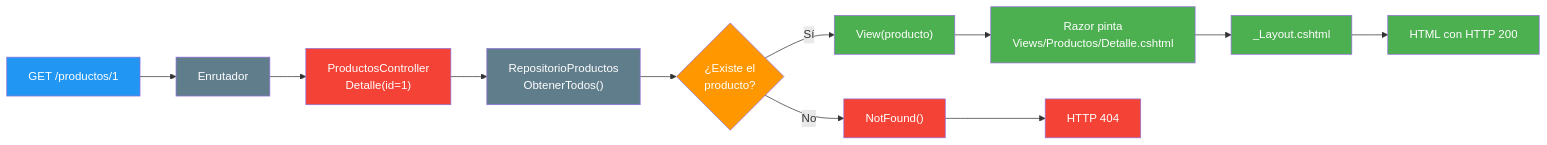
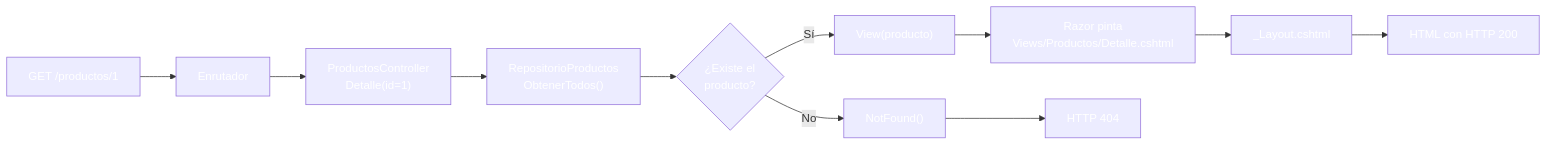
Before and after one commit to joseluisgs/DesarrolloWebEntornosServidor-03-2026-2027: the fourth of 4 diagrams in 08-mvc-controladores.md, drawn with Mermaid. The commit also changed other lines of this file and 30 other files, not shown here.

````diff
--- a/08-mvc-controladores.md
+++ b/08-mvc-controladores.md
@@ -443,24 +443,24 @@
 ```mermaid
 graph LR
     A["GET /productos/1"] --> B["Enrutador"]
     B --> C["ProductosController<br/>Detalle(id=1)"]
     C --> D["RepositorioProductos<br/>ObtenerTodos()"]
     D --> E{"¿Existe el<br/>producto?"}
     E -->|"Sí"| F["View(producto)"]
     E -->|"No"| G["NotFound()"]
     F --> H["Razor pinta<br/>Views/Productos/Detalle.cshtml"]
     H --> I["_Layout.cshtml"]
     I --> J["HTML con HTTP 200"]
     G --> K["HTTP 404"]
-    style A fill:#2196F3,color:#fff
-    style B fill:#607D8B,color:#fff
-    style C fill:#f44336,color:#fff
-    style D fill:#607D8B,color:#fff
-    style E fill:#FF9800,color:#fff
-    style F fill:#4CAF50,color:#fff
-    style G fill:#f44336,color:#fff
-    style H fill:#4CAF50,color:#fff
-    style I fill:#4CAF50,color:#fff
-    style J fill:#4CAF50,color:#fff
-    style K fill:#f44336,color:#fff
+    style A fill:#2196F,color:#fff3,color:#fff
+    style B fill:#607D8,color:#fffB,color:#fff
+    style C fill:#f4433,color:#fff6,color:#fff
+    style D fill:#607D8,color:#fffB,color:#fff
+    style E fill:#FF980,color:#fff0,color:#fff
+    style F fill:#4CAF5,color:#fff0,color:#fff
+    style G fill:#f4433,color:#fff6,color:#fff
+    style H fill:#4CAF5,color:#fff0,color:#fff
+    style I fill:#4CAF5,color:#fff0,color:#fff
+    style J fill:#4CAF5,color:#fff0,color:#fff
+    style K fill:#f4433,color:#fff6,color:#fff
 ```
````
